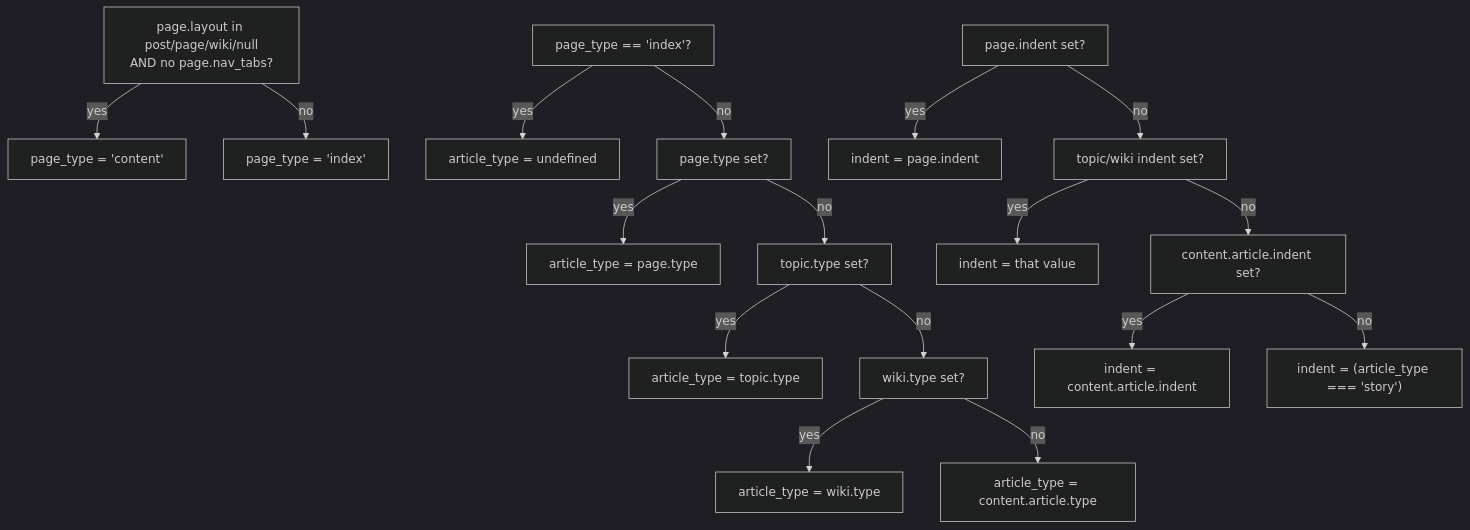
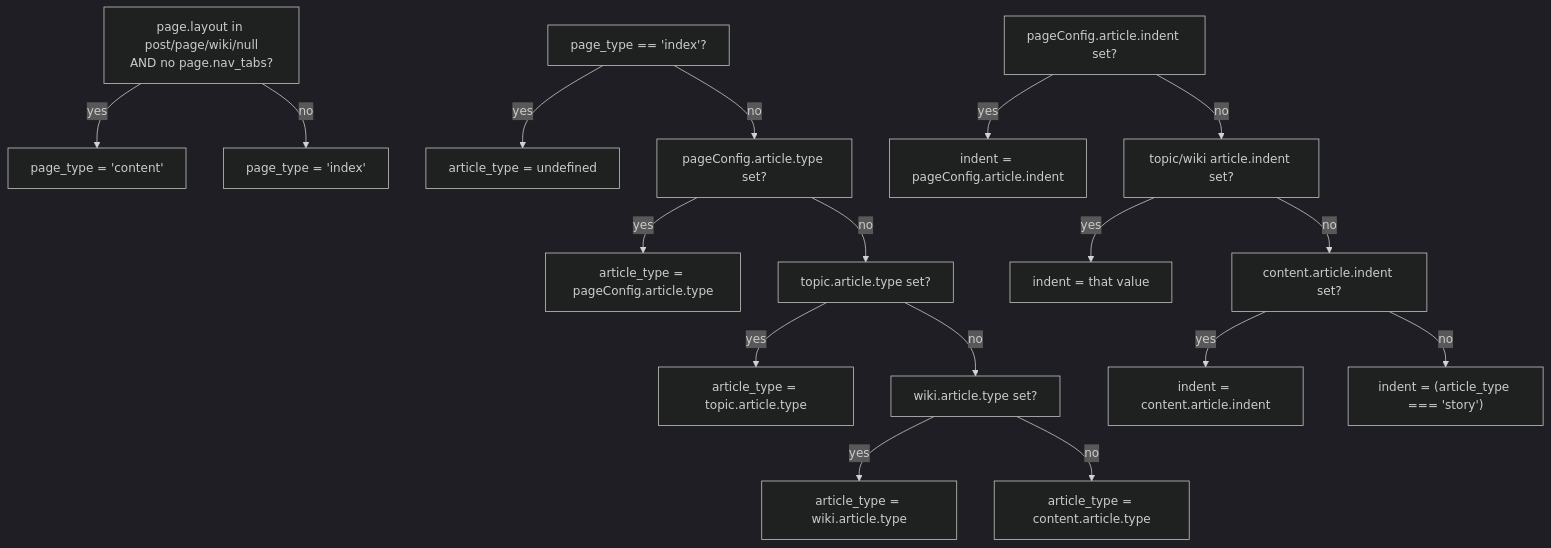
One commit to xaoxuu/hexo-theme-stellar changed the second of 3 diagrams in docs/knowledge/02-布局系统/layout-overview.md. Above: the diagram before and after it, drawn with Mermaid (dark theme). The commit also changed other lines of this file and 101 other files, not shown here.

````diff
--- a/docs/knowledge/02-布局系统/layout-overview.md
+++ b/docs/knowledge/02-布局系统/layout-overview.md
@@ -157,25 +157,25 @@
 ```mermaid
 flowchart TD
     A["page.layout in post/page/wiki/null
 AND no page.nav_tabs?"]
     A -->|"yes"| B["page_type = 'content'"]
     A -->|"no"| C["page_type = 'index'"]
 
     D["page_type == 'index'?"]
     D -->|"yes"| E["article_type = undefined"]
-    D -->|"no"| F["page.type set?"]
-    F -->|"yes"| G["article_type = page.type"]
-    F -->|"no"| H["topic.type set?"]
-    H -->|"yes"| I["article_type = topic.type"]
-    H -->|"no"| J["wiki.type set?"]
-    J -->|"yes"| K["article_type = wiki.type"]
+    D -->|"no"| F["pageConfig.article.type set?"]
+    F -->|"yes"| G["article_type = pageConfig.article.type"]
+    F -->|"no"| H["topic.article.type set?"]
+    H -->|"yes"| I["article_type = topic.article.type"]
+    H -->|"no"| J["wiki.article.type set?"]
+    J -->|"yes"| K["article_type = wiki.article.type"]
     J -->|"no"| L["article_type = content.article.type"]
 
-    M["page.indent set?"]
-    M -->|"yes"| N["indent = page.indent"]
-    M -->|"no"| O["topic/wiki indent set?"]
+    M["pageConfig.article.indent set?"]
+    M -->|"yes"| N["indent = pageConfig.article.indent"]
+    M -->|"no"| O["topic/wiki article.indent set?"]
     O -->|"yes"| P["indent = that value"]
     O -->|"no"| Q["content.article.indent set?"]
     Q -->|"yes"| R["indent = content.article.indent"]
     Q -->|"no"| S["indent = (article_type === 'story')"]
 ```
````
